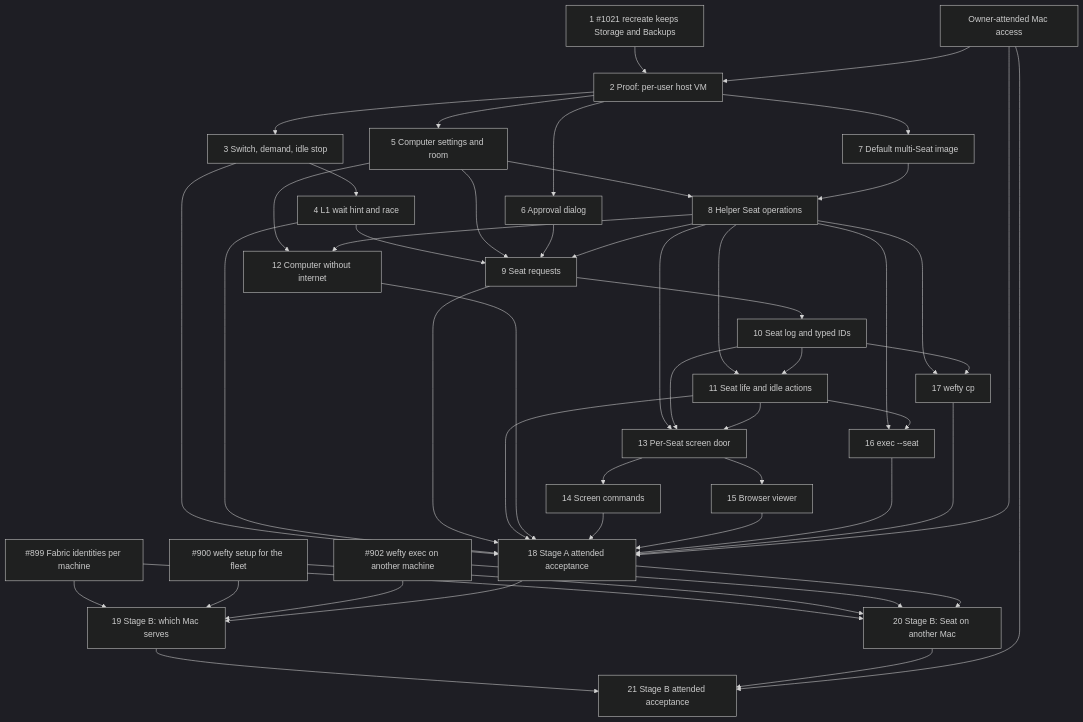
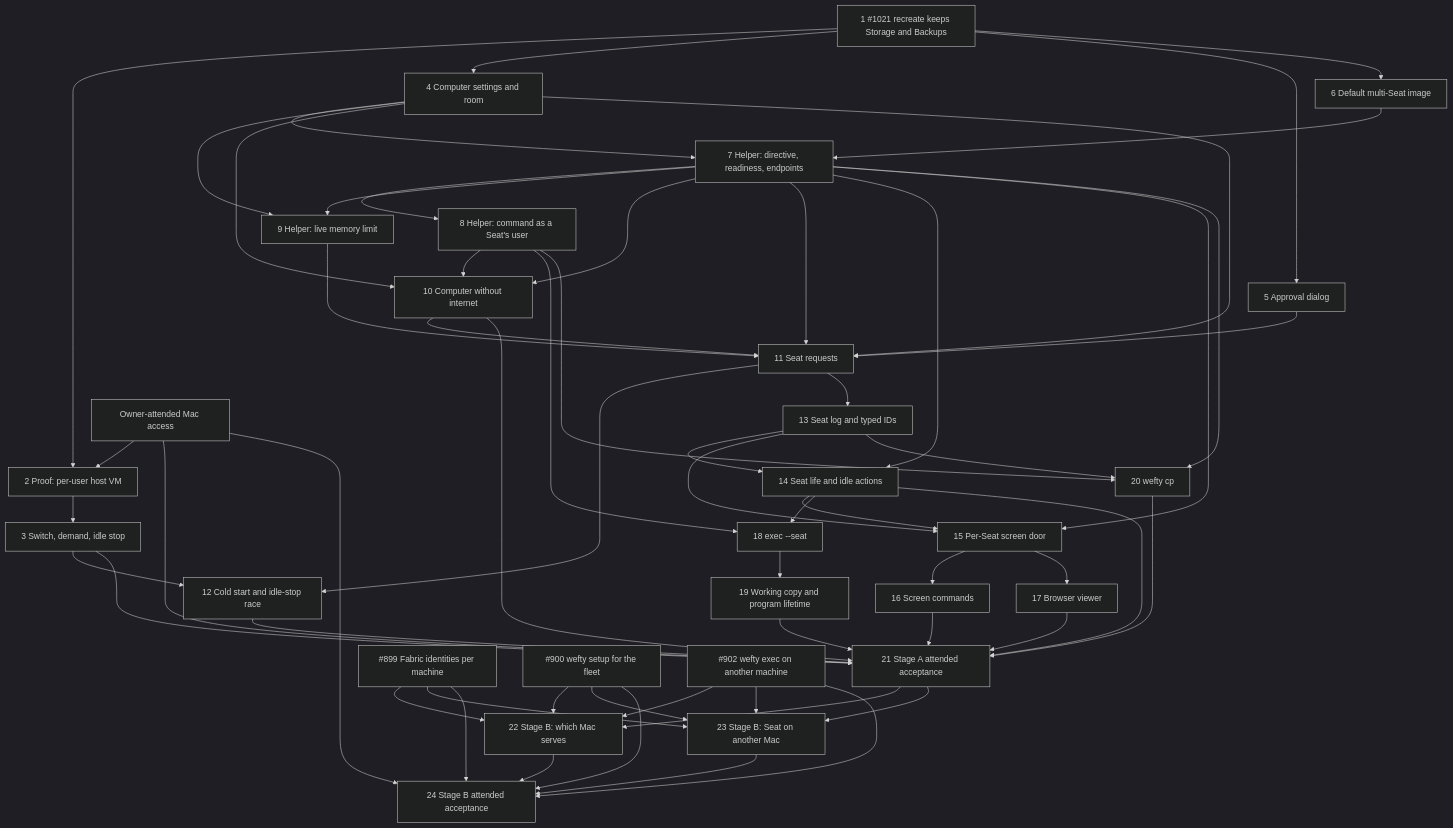
Before and after one commit to Derek-X-Wang/wefty: the diagram in docs/specs/2026-10-21-computer-request-wave.md, drawn with Mermaid (dark theme). The commit also changed other lines of this file and 2 other files, not shown here.

First line of the commit message:
docs(spec): apply review round 1 to the Computer request spec (#1019)

````diff
--- a/docs/specs/2026-10-21-computer-request-wave.md
+++ b/docs/specs/2026-10-21-computer-request-wave.md
@@ -55,51 +58,61 @@
 ```mermaid
 flowchart TD
   T01["1 #1021 recreate keeps Storage and Backups"] --> T02[2 Proof: per-user host VM]
   T02 --> T03[3 Switch, demand, idle stop]
-  T03 --> T04[4 L1 wait hint and race]
-  T02 --> T05[5 Computer settings and room]
-  T02 --> T06[6 Approval dialog]
-  T02 --> T07[7 Default multi-Seat image]
-  T05 --> T08[8 Helper Seat operations]
-  T07 --> T08
-  T04 --> T09[9 Seat requests]
-  T05 --> T09
-  T06 --> T09
-  T08 --> T09
-  T09 --> T10[10 Seat log and typed IDs]
-  T08 --> T11[11 Seat life and idle actions]
+  T01 --> T04[4 Computer settings and room]
+  T01 --> T05[5 Approval dialog]
+  T01 --> T06[6 Default multi-Seat image]
+  T04 --> T07[7 Helper: directive, readiness, endpoints]
+  T06 --> T07
+  T07 --> T08[8 Helper: command as a Seat's user]
+  T04 --> T09[9 Helper: live memory limit]
+  T07 --> T09
+  T04 --> T10[10 Computer without internet]
+  T07 --> T10
+  T08 --> T10
+  T04 --> T11[11 Seat requests]
+  T05 --> T11
+  T07 --> T11
+  T09 --> T11
   T10 --> T11
-  T05 --> T12[12 Computer without internet]
-  T08 --> T12
-  T08 --> T13[13 Per-Seat screen door]
-  T10 --> T13
-  T11 --> T13
-  T13 --> T14[14 Screen commands]
-  T13 --> T15[15 Browser viewer]
-  T08 --> T16[16 exec --seat]
-  T11 --> T16
-  T08 --> T17[17 wefty cp]
-  T10 --> T17
-  T03 --> T18[18 Stage A attended acceptance]
-  T04 --> T18
-  T09 --> T18
-  T11 --> T18
-  T12 --> T18
+  T03 --> T12[12 Cold start and idle-stop race]
+  T11 --> T12
+  T11 --> T13[13 Seat log and typed IDs]
+  T07 --> T14[14 Seat life and idle actions]
+  T13 --> T14
+  T07 --> T15[15 Per-Seat screen door]
+  T13 --> T15
+  T14 --> T15
+  T15 --> T16[16 Screen commands]
+  T15 --> T17[17 Browser viewer]
+  T08 --> T18[18 exec --seat]
   T14 --> T18
-  T15 --> T18
-  T16 --> T18
-  T17 --> T18
+  T18 --> T19[19 Working copy and program lifetime]
+  T07 --> T20[20 wefty cp]
+  T08 --> T20
+  T13 --> T20
+  T03 --> T21[21 Stage A attended acceptance]
+  T10 --> T21
+  T12 --> T21
+  T14 --> T21
+  T16 --> T21
+  T17 --> T21
+  T19 --> T21
+  T20 --> T21
   OwnerMac["Owner-attended Mac access"] --> T02
-  OwnerMac --> T18
-  F899["#899 Fabric identities per machine"] --> T19[19 Stage B: which Mac serves]
-  F900["#900 wefty setup for the fleet"] --> T19
-  F902["#902 wefty exec on another machine"] --> T19
-  T18 --> T19
-  F899 --> T20[20 Stage B: Seat on another Mac]
-  F900 --> T20
-  F902 --> T20
-  T18 --> T20
-  T19 --> T21[21 Stage B attended acceptance]
-  T20 --> T21
   OwnerMac --> T21
+  F899["#899 Fabric identities per machine"] --> T22[22 Stage B: which Mac serves]
+  F900["#900 wefty setup for the fleet"] --> T22
+  F902["#902 wefty exec on another machine"] --> T22
+  T21 --> T22
+  F899 --> T23[23 Stage B: Seat on another Mac]
+  F900 --> T23
+  F902 --> T23
+  T21 --> T23
+  T22 --> T24[24 Stage B attended acceptance]
+  T23 --> T24
+  F899 --> T24
+  F900 --> T24
+  F902 --> T24
+  OwnerMac --> T24
 ```
````
